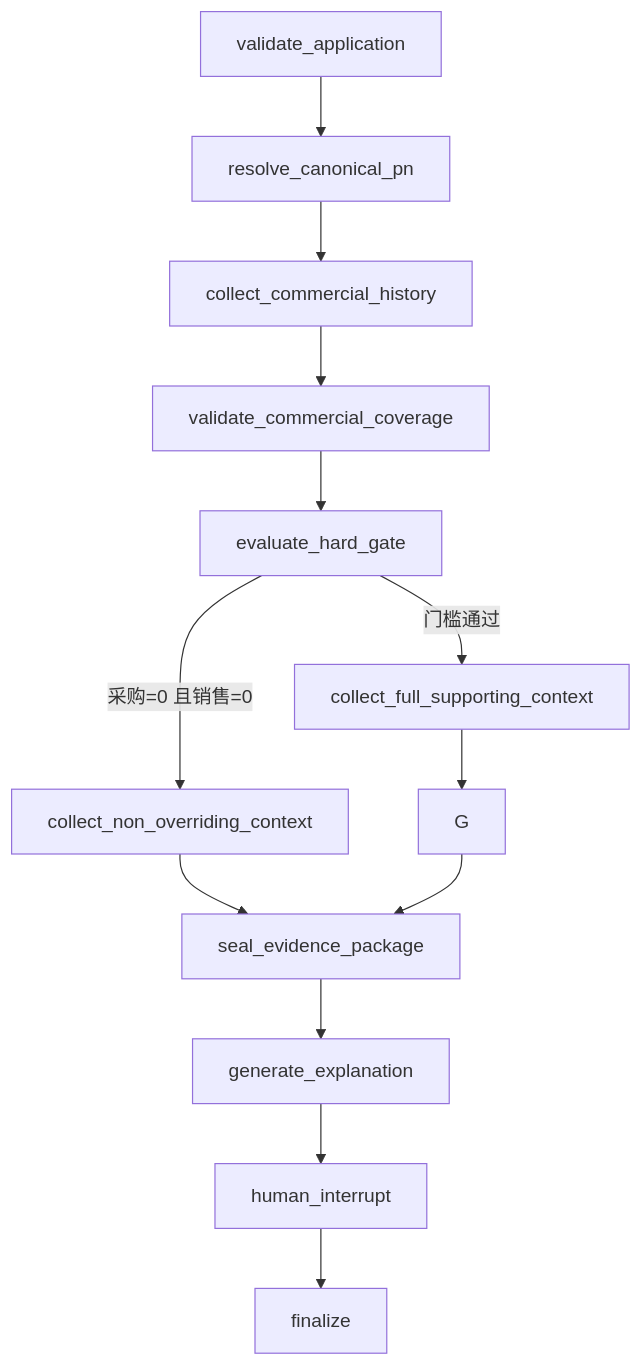
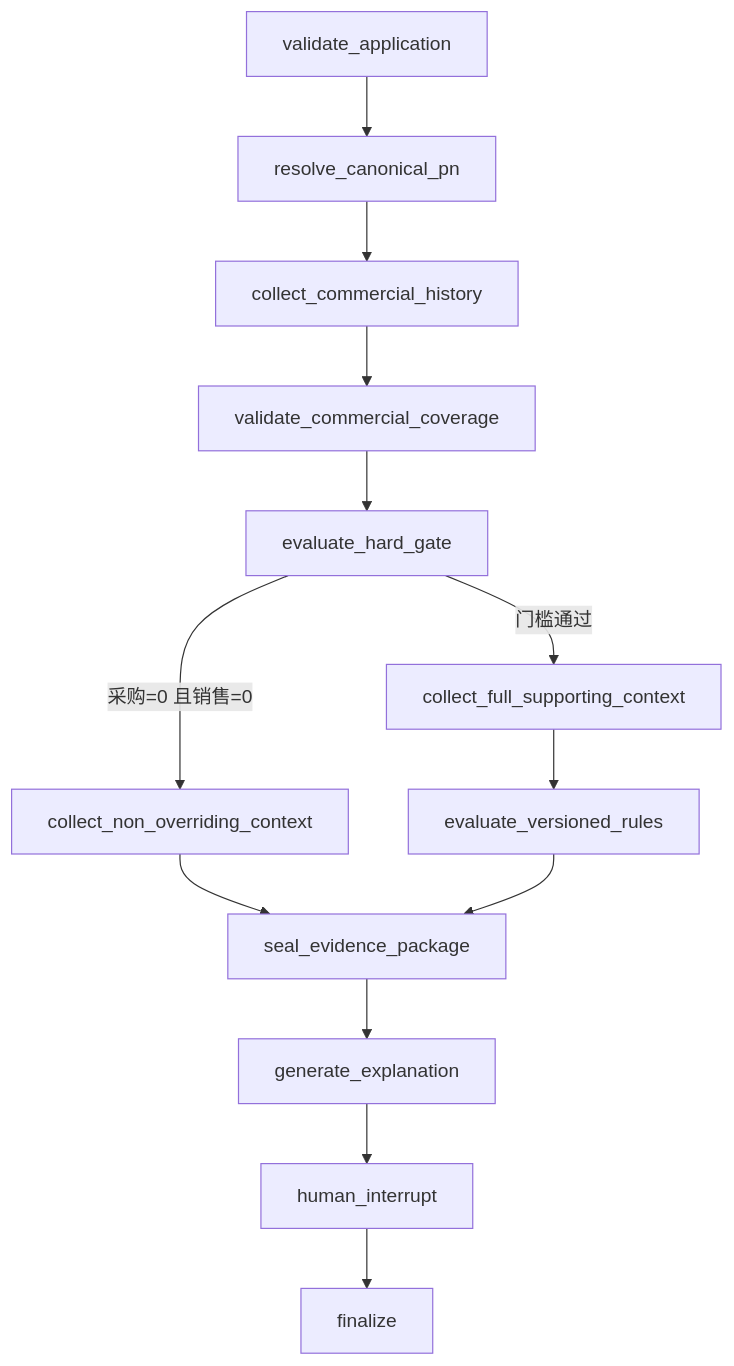
Before and after one commit to Jinchen-Yang/it-spareparts: the diagram in docs/agent-platform/maintenance-replenishment-review.md, drawn with Mermaid. The commit also changed 6 other files, not shown here.

````diff
--- a/docs/agent-platform/maintenance-replenishment-review.md
+++ b/docs/agent-platform/maintenance-replenishment-review.md
@@ -139,15 +139,15 @@
 ```mermaid
 flowchart TD
   A["validate_application"] --> B["resolve_canonical_pn"]
   B --> C["collect_commercial_history"]
   C --> Q["validate_commercial_coverage"]
   Q --> D["evaluate_hard_gate"]
   D -->|"采购=0 且销售=0"| E["collect_non_overriding_context"]
   D -->|"门槛通过"| F["collect_full_supporting_context"]
   E --> H["seal_evidence_package"]
-  F --> G
+  F --> G["evaluate_versioned_rules"]
   G --> H["seal_evidence_package"]
   H --> I["generate_explanation"]
   I --> J["human_interrupt"]
   J --> K["finalize"]
 ```
````
